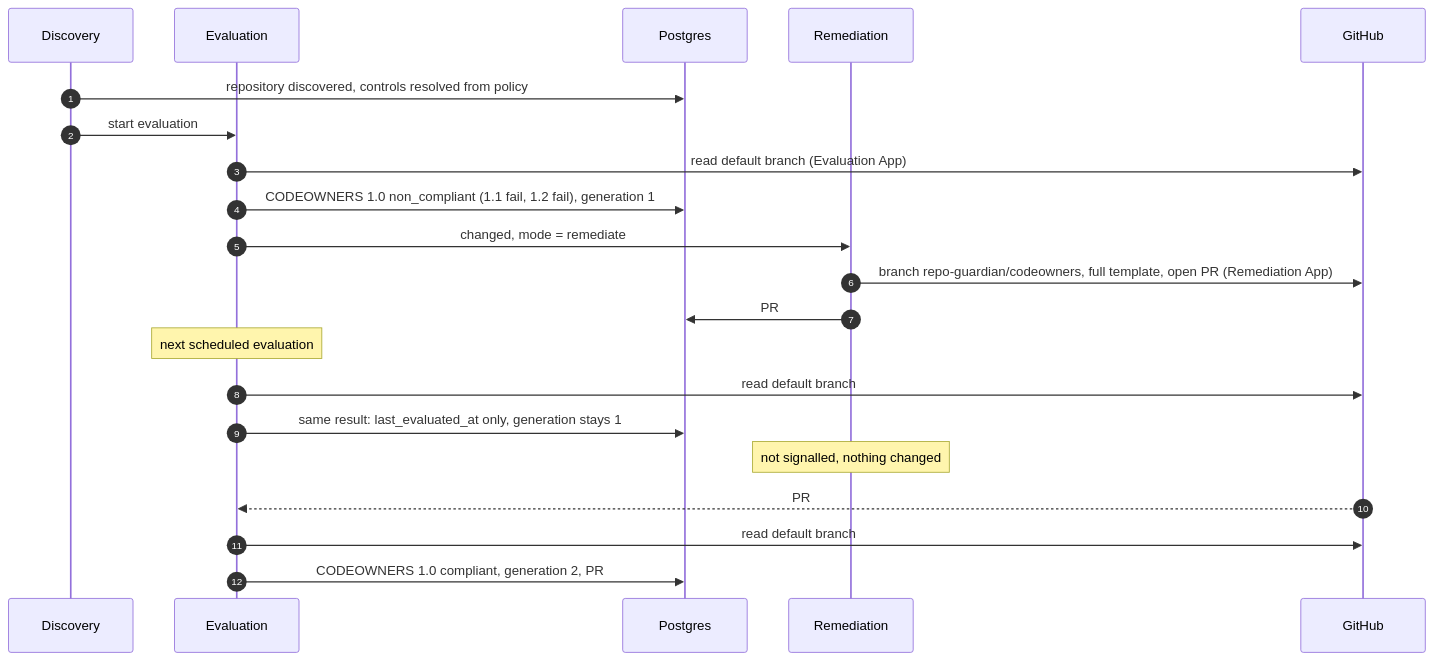
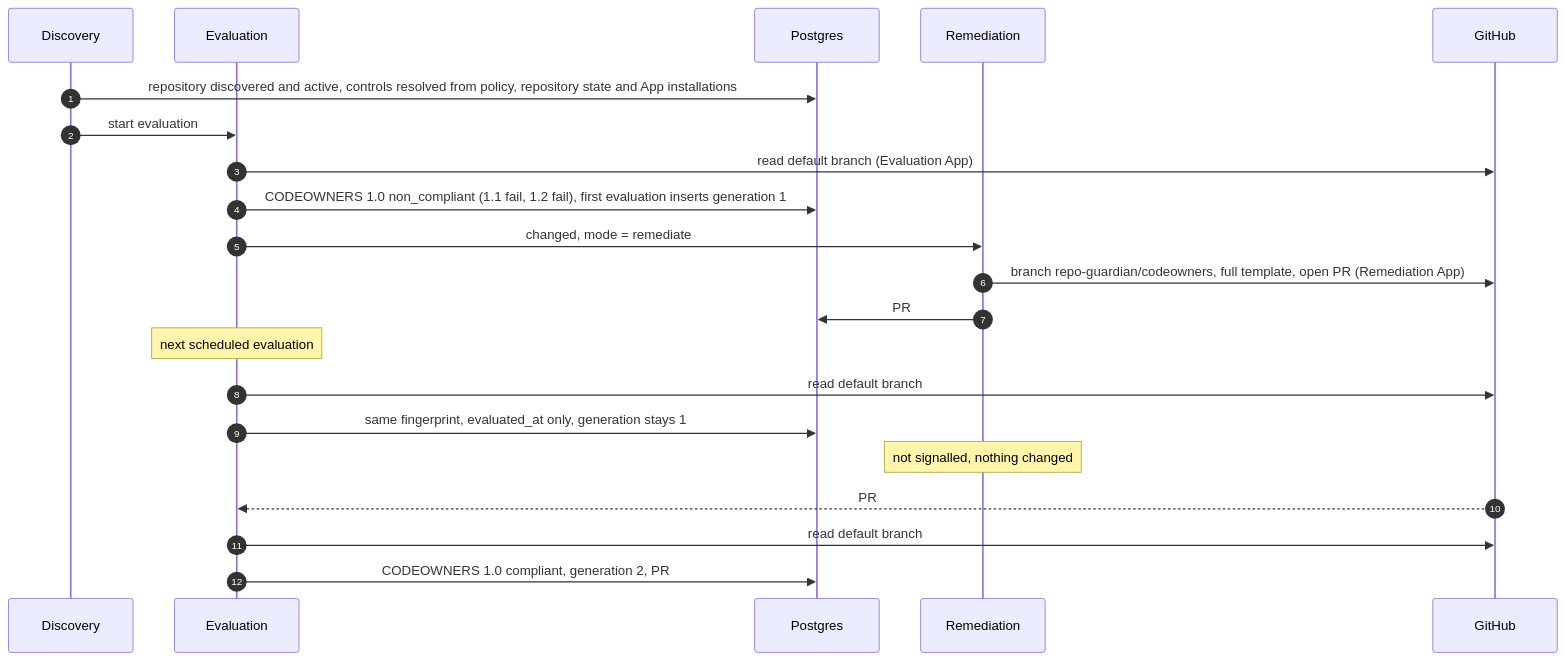
Before and after one commit to donaldgifford/repo-guardian: the second of 2 diagrams in docs/design/0029-controls-and-policies-opinionated-compliance-with-separate.md, drawn with Mermaid. The commit also changed other lines of this file and 3 other files, not shown here.

````diff
--- a/docs/design/0029-controls-and-policies-opinionated-compliance-with-separate.md
+++ b/docs/design/0029-controls-and-policies-opinionated-compliance-with-separate.md
@@ -172,24 +176,24 @@
 ```mermaid
 sequenceDiagram
     autonumber
     participant D as Discovery
     participant E as Evaluation
     participant DB as Postgres
     participant R as Remediation
     participant GH as GitHub
 
-    D->>DB: repository discovered, controls resolved from policy
+    D->>DB: repository discovered and active, controls resolved from policy, repository state and App installations
     D->>E: start evaluation
     E->>GH: read default branch (Evaluation App)
-    E->>DB: CODEOWNERS 1.0 non_compliant (1.1 fail, 1.2 fail), generation 1
+    E->>DB: CODEOWNERS 1.0 non_compliant (1.1 fail, 1.2 fail), first evaluation inserts generation 1
     E->>R: changed, mode = remediate
     R->>GH: branch repo-guardian/codeowners, full template, open PR (Remediation App)
     R->>DB: PR #12 open, remediated generation 1
     Note over E: next scheduled evaluation
     E->>GH: read default branch
-    E->>DB: same result: last_evaluated_at only, generation stays 1
+    E->>DB: same fingerprint, evaluated_at only, generation stays 1
     Note over R: not signalled, nothing changed
-    GH-->>E: PR #12 merged (webhook)
+    GH-->>E: PR #12 merged (webhook to the Evaluation App)
     E->>GH: read default branch
     E->>DB: CODEOWNERS 1.0 compliant, generation 2, PR #12 merged
 ```
````
